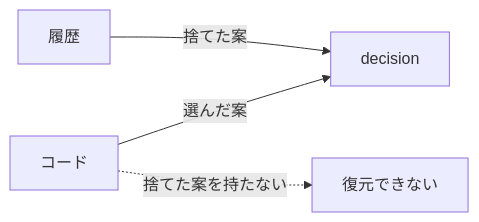
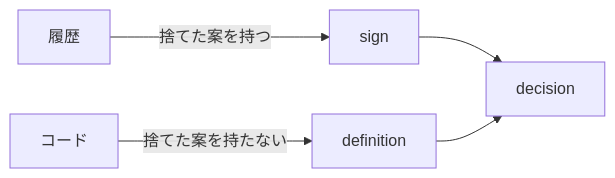
Before and after one commit to gameundwatch/codifier: the first of 2 diagrams in docs/archivist/L3_structures/collection-signs.md, drawn with Mermaid. The commit also changed other lines of this file and 15 other files, not shown here.

````diff
--- a/docs/archivist/L3_structures/collection-signs.md
+++ b/docs/archivist/L3_structures/collection-signs.md
@@ -9,6 +9,7 @@
 ```mermaid
 flowchart LR
-    C[コード] -->|選んだ案| D[decision]
-    H[履歴] -->|捨てた案| D
-    C -.->|捨てた案を持たない| X[復元できない]
+    H[履歴] -->|捨てた案を持つ| S[sign]
+    C[コード] -->|捨てた案を持たない| F[definition]
+    S --> D[decision]
+    F --> D
 ```
````
